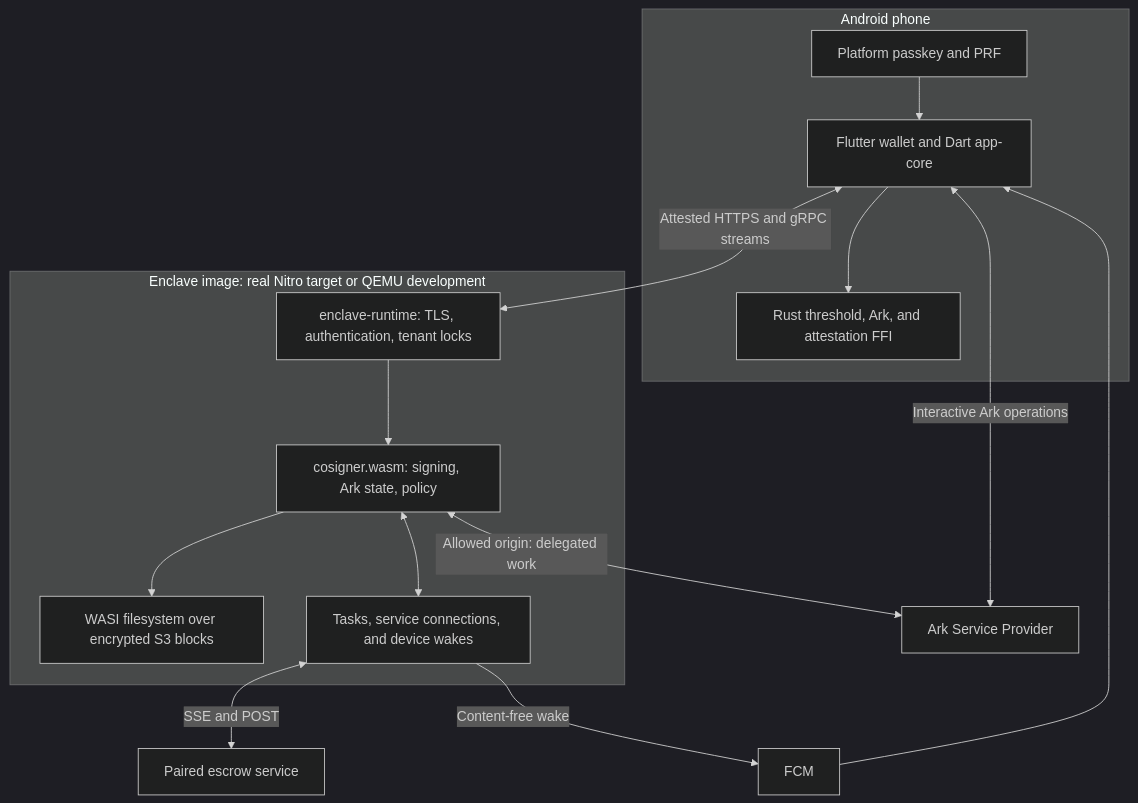
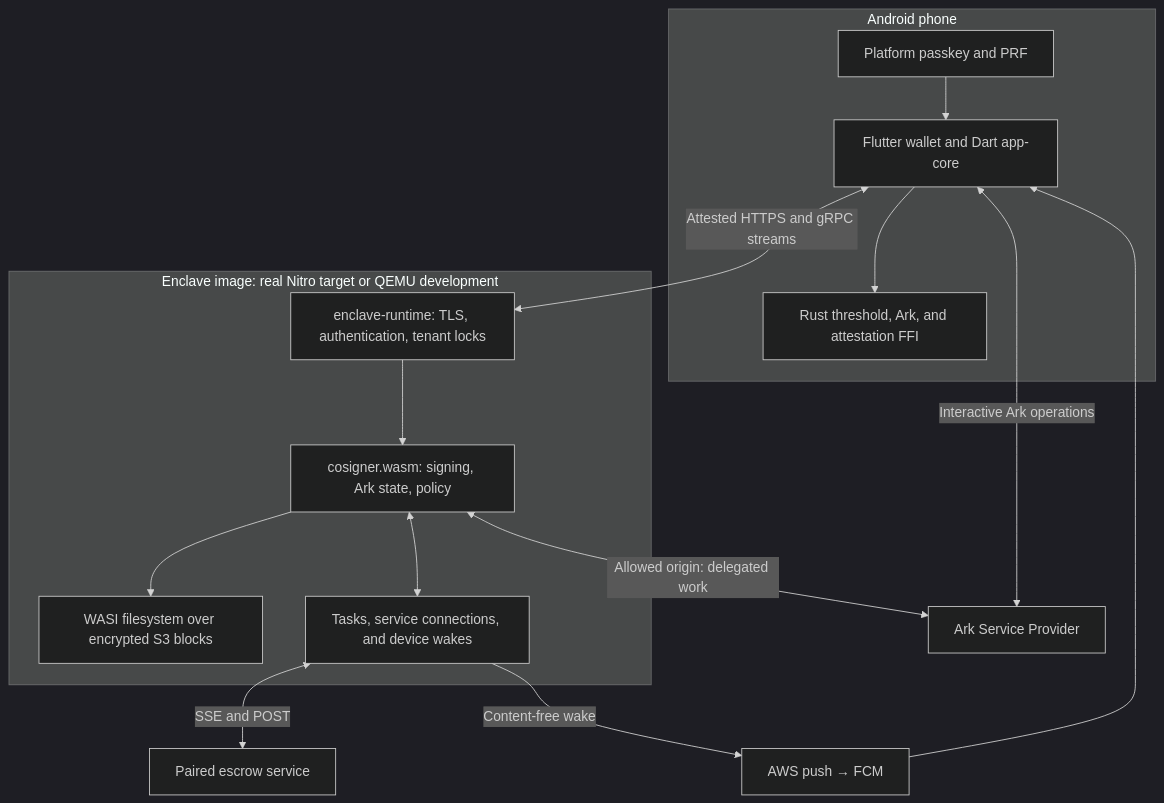
One commit to BitspendPayment/MerlinWallet changed the diagram in README.md. Above: the diagram before and after it, drawn with Mermaid (dark theme). The commit also changed other lines of this file and 22 other files, not shown here.

````diff
--- a/README.md
+++ b/README.md
@@ -45,25 +45,25 @@
 ```mermaid
 flowchart TB
     subgraph Phone[Android phone]
         App[Flutter wallet and Dart app-core]
         Passkey[Platform passkey and PRF]
         FFI[Rust threshold, Ark, and attestation FFI]
         Passkey --> App
         App --> FFI
     end
     subgraph Enclave[Enclave image: real Nitro target or QEMU development]
         Runtime[enclave-runtime: TLS, authentication, tenant locks]
         Guest[cosigner.wasm: signing, Ark state, policy]
         Storage[WASI filesystem over encrypted S3 blocks]
         Workers[Tasks, service connections, and device wakes]
         Runtime --> Guest
         Guest --> Storage
         Guest <--> Workers
     end
     App <-->|Attested HTTPS and gRPC streams| Runtime
     App <-->|Interactive Ark operations| ASP[Ark Service Provider]
     Guest <-->|Allowed origin: delegated work| ASP
     Workers <-->|SSE and POST| Service[Paired escrow service]
-    Workers -->|Content-free wake| Push[FCM]
+    Workers -->|Content-free wake| Push[AWS push → FCM]
     Push --> App
 ```
````
